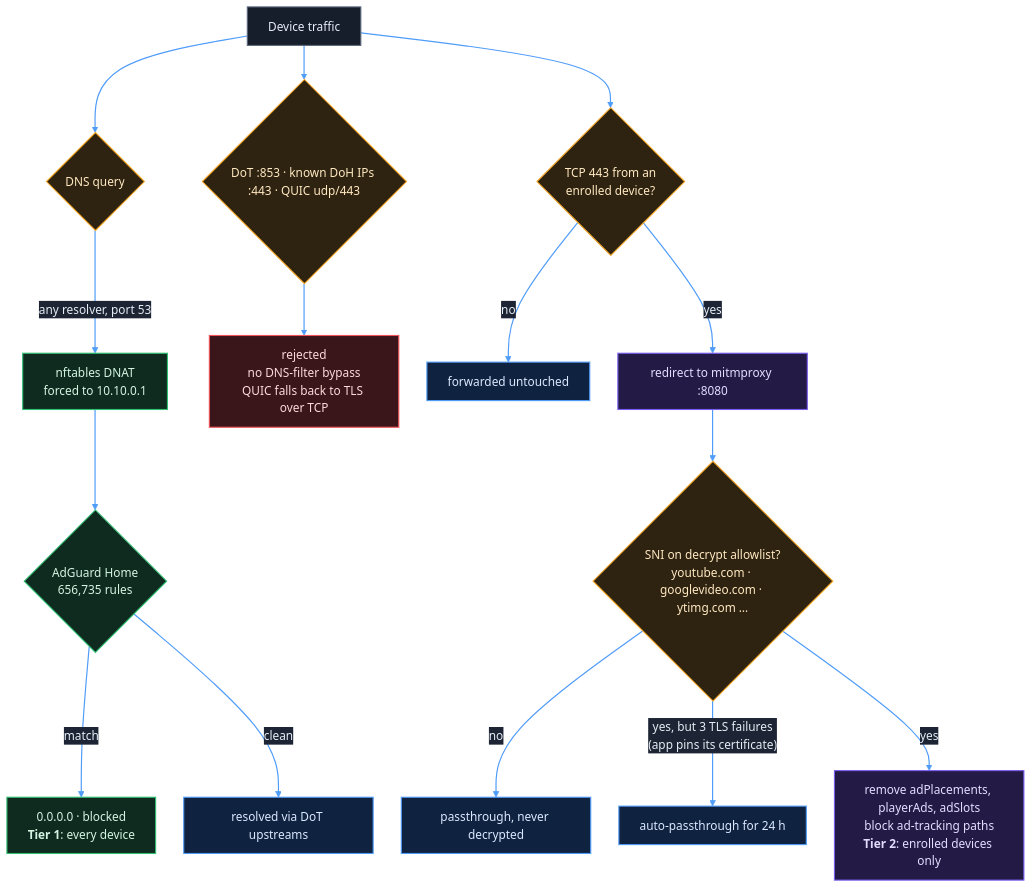
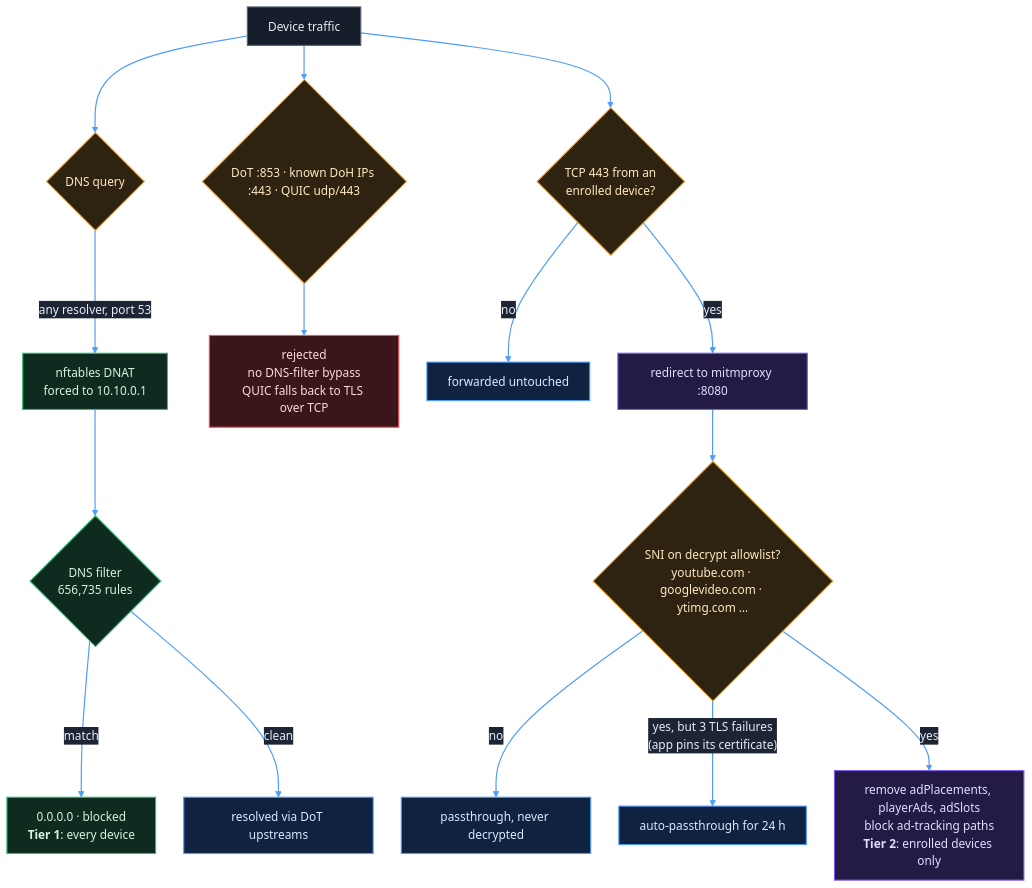
Before and after one commit to MaheshwariKushagra/securepi-gateway: the sixth of 7 diagrams in README.md, drawn with Mermaid. The commit also changed other lines of this file and 61 other files, not shown here.

````diff
--- a/README.md
+++ b/README.md
@@ -425,34 +425,34 @@
 ```mermaid
 %%{init: {'theme':'base','themeVariables':{'primaryColor':'#161d2b','primaryTextColor':'#e6ecf5','primaryBorderColor':'#2e3a50','secondaryColor':'#111722','tertiaryColor':'#0d121b','lineColor':'#4f9cf9','clusterBkg':'#0d121b','clusterBorder':'#2e3a50','titleColor':'#aab6c8','edgeLabelBackground':'#1d2534','textColor':'#8d99ad'},'flowchart':{'curve':'basis','padding':14,'nodeSpacing':38,'rankSpacing':46}}}%%
 flowchart TD
     Q["Device traffic"] --> DNS{"DNS query"}
     DNS -->|"any resolver, port 53"| DNAT["nftables DNAT<br/>forced to 10.10.0.1"]
-    DNAT --> AGH{"AdGuard Home<br/>656,735 rules"}
+    DNAT --> AGH{"DNS filter<br/>656,735 rules"}
     AGH -->|match| BLK["0.0.0.0 · blocked<br/><b>Tier 1</b>: every device"]
     AGH -->|clean| OK["resolved via DoT upstreams"]
 
     Q --> BYP{"DoT :853 · known DoH IPs :443 · QUIC udp/443"}
     BYP --> REJ["rejected<br/>no DNS-filter bypass<br/>QUIC falls back to TLS over TCP"]
 
     Q --> TLS{"TCP 443 from an<br/>enrolled device?"}
     TLS -->|no| FWD["forwarded untouched"]
     TLS -->|yes| MITM["redirect to mitmproxy :8080"]
     MITM --> SNI{"SNI on decrypt allowlist?<br/>youtube.com · googlevideo.com · ytimg.com …"}
     SNI -->|no| PASS["passthrough, never decrypted"]
     SNI -->|"yes, but 3 TLS failures<br/>(app pins its certificate)"| PIN["auto-passthrough for 24 h"]
     SNI -->|yes| STRIP["remove adPlacements, playerAds, adSlots<br/>block ad-tracking paths<br/><b>Tier 2</b>: enrolled devices only"]
 
     classDef ext fill:#161d2b,stroke:#5a6679,stroke-width:1.5px,color:#e6ecf5
     classDef sensor fill:#0f2a1f,stroke:#2fbf71,stroke-width:1.5px,color:#d5f5e3
     classDef pipe fill:#0f2240,stroke:#4f9cf9,stroke-width:1.5px,color:#dbe9ff
     classDef store fill:#231b45,stroke:#7b5cf0,stroke-width:1.5px,color:#e4dcff
     classDef detect fill:#2e2210,stroke:#f5a524,stroke-width:1.5px,color:#ffe9c2
     classDef danger fill:#3a1519,stroke:#f2545b,stroke-width:1.5px,color:#ffd9db
     class Q ext
     class DNS,BYP,TLS,SNI detect
     class DNAT,AGH,BLK sensor
     class OK,FWD,PASS,PIN pipe
     class REJ danger
     class MITM,STRIP store
     linkStyle default stroke:#4f9cf9,stroke-width:1.6px
 ```
````
